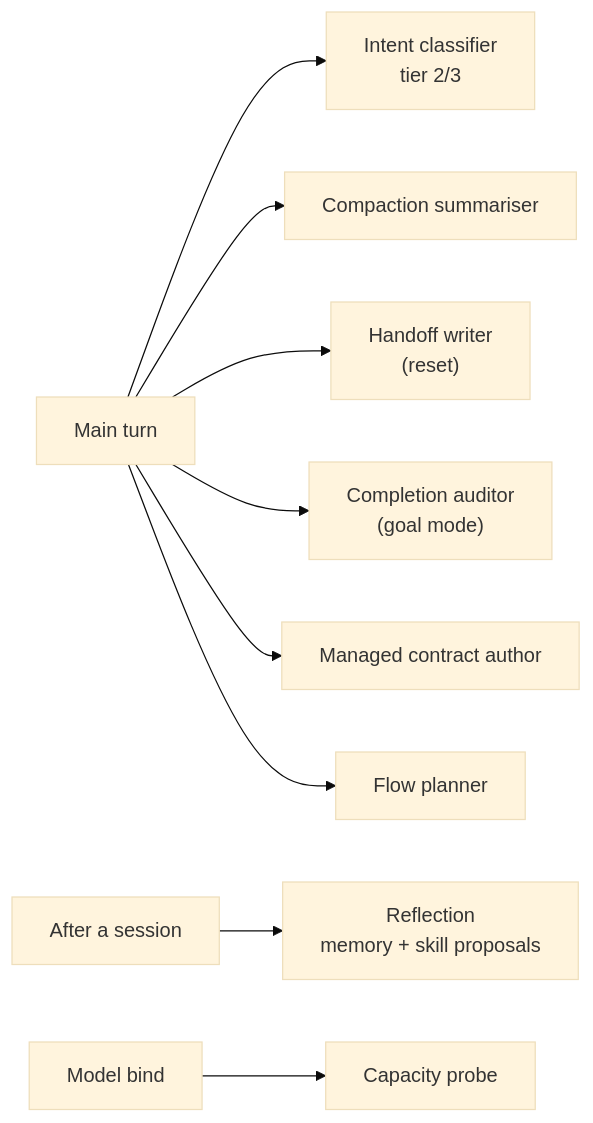
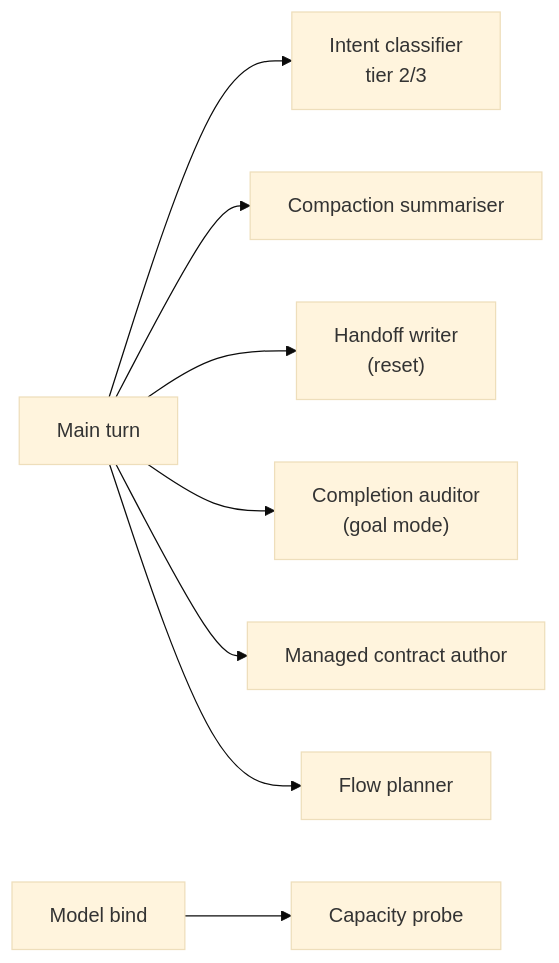
One commit to nranjan2code/code changed diagram 11 of 14 in docs/design/83-prompt-system.md. Above: the diagram before and after it, drawn with Mermaid (base theme). The commit also changed other lines of this file and 223 other files, not shown here.

````diff
--- a/docs/design/83-prompt-system.md
+++ b/docs/design/83-prompt-system.md
@@ -639,11 +639,10 @@
 ```mermaid
 flowchart LR
     Turn["Main turn"] --> Classify["Intent classifier<br/>tier 2/3"]
     Turn --> Compact["Compaction summariser"]
     Turn --> Handoff["Handoff writer<br/>(reset)"]
     Turn --> Audit["Completion auditor<br/>(goal mode)"]
     Turn --> Author["Managed contract author"]
     Turn --> Planner["Flow planner"]
-    After["After a session"] --> Reflect["Reflection<br/>memory + skill proposals"]
     Bind["Model bind"] --> Probe["Capacity probe"]
 ```
````
